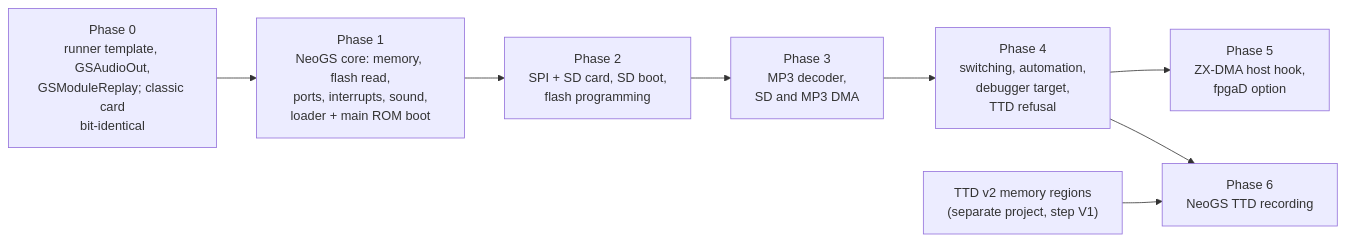
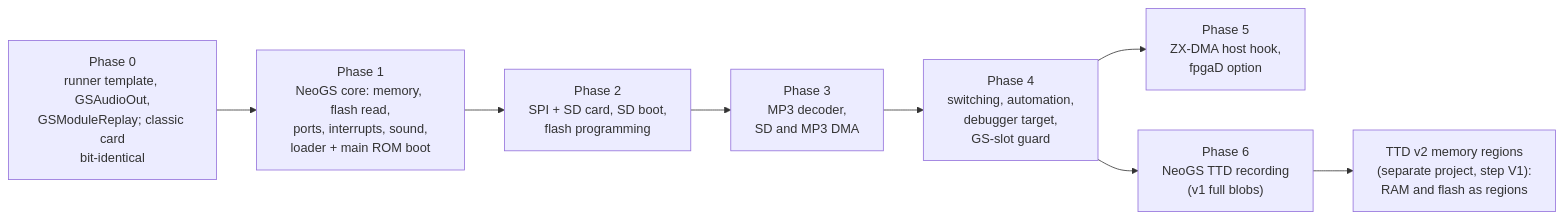
One commit to alfishe/unreal-ng changed the fourth of 4 diagrams in docs/inprogress/2026-09-19-general-sound/neogs-tdd.md. Above: the diagram before and after it, drawn with Mermaid. The commit also changed other lines of this file and 100 other files, not shown here.

First line of the commit message:
feat(neogs): NeoGS sound card - phases 0-4 and 6 (TTD v1)

````diff
--- a/docs/inprogress/2026-09-19-general-sound/neogs-tdd.md
+++ b/docs/inprogress/2026-09-19-general-sound/neogs-tdd.md
@@ -1497,10 +1537,10 @@
 ```mermaid
 flowchart LR
     P0["Phase 0<br/>runner template, GSAudioOut,<br/>GSModuleReplay; classic card<br/>bit-identical"] --> P1["Phase 1<br/>NeoGS core: memory, flash read,<br/>ports, interrupts, sound,<br/>loader + main ROM boot"]
     P1 --> P2["Phase 2<br/>SPI + SD card, SD boot,<br/>flash programming"]
     P2 --> P3["Phase 3<br/>MP3 decoder,<br/>SD and MP3 DMA"]
-    P3 --> P4["Phase 4<br/>switching, automation,<br/>debugger target,<br/>TTD refusal"]
+    P3 --> P4["Phase 4<br/>switching, automation,<br/>debugger target,<br/>GS-slot guard"]
     P4 --> P5["Phase 5<br/>ZX-DMA host hook,<br/>fpgaD option"]
-    TTD2["TTD v2 memory regions<br/>(separate project, step V1)"] --> P6["Phase 6<br/>NeoGS TTD recording"]
-    P4 --> P6
+    P4 --> P6["Phase 6<br/>NeoGS TTD recording<br/>(v1 full blobs)"]
+    P6 --> TTD2["TTD v2 memory regions<br/>(separate project, step V1):<br/>RAM and flash as regions"]
 ```
````
